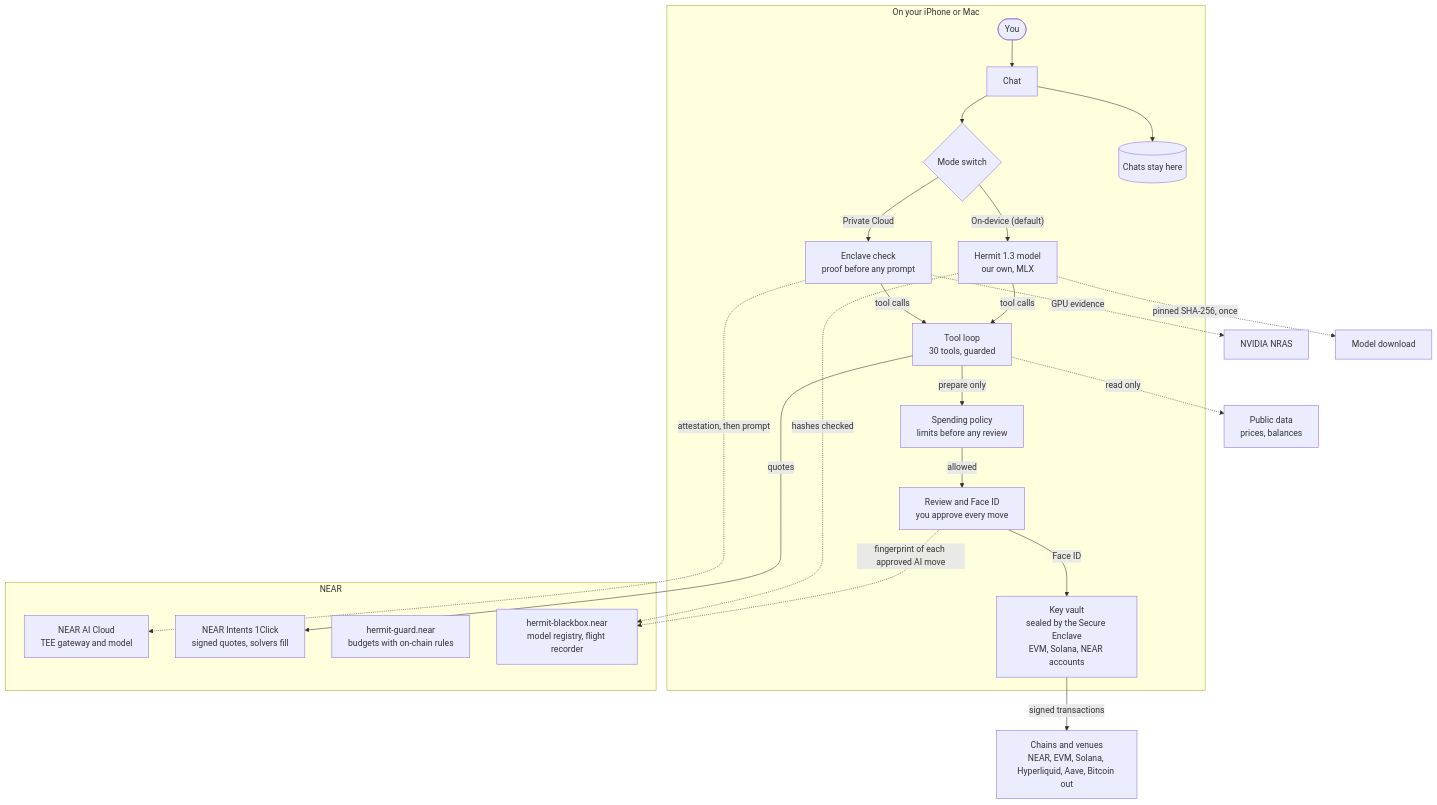
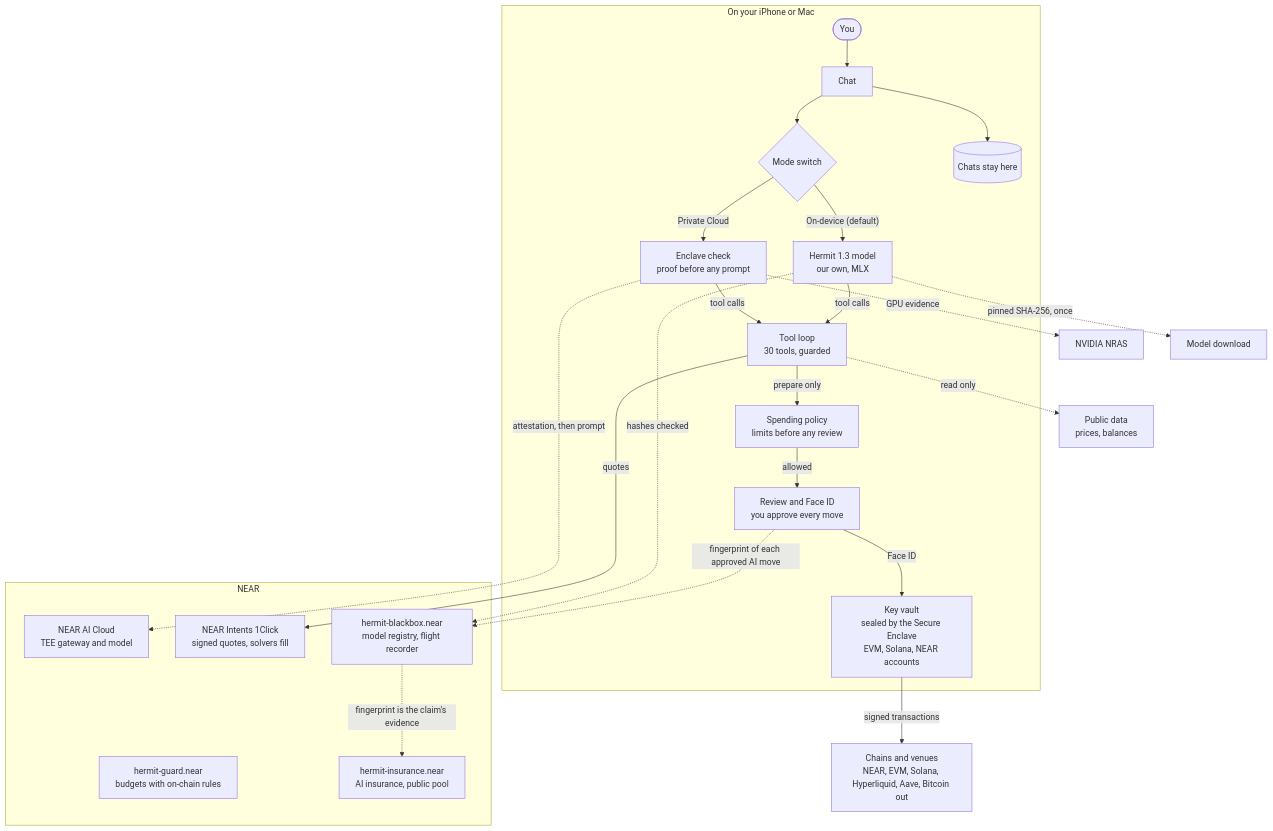
The first of 8 diagrams in docs/ARCHITECTURE.md (Hermit-Ai-Labs/hermit-app), drawn with Mermaid before and after one commit. The commit also changed other lines of this file and 16 other files, not shown here.

Commit message:
Docs, site and terms all tell the same story: six NEAR jobs, Guard last, Black Box and AI insurance everywhere, 298 tests green

````diff
--- a/docs/ARCHITECTURE.md
+++ b/docs/ARCHITECTURE.md
@@ -13,29 +12,31 @@
 ```mermaid
 flowchart TB
   subgraph device["On your iPhone or Mac"]
     you([You]) --> chat[Chat]
     chat --> mode{Mode switch}
     mode -- "On-device (default)" --> model["Hermit 1.3 model<br/>our own, MLX"]
     mode -- "Private Cloud" --> enclave["Enclave check<br/>proof before any prompt"]
     model -- tool calls --> loop["Tool loop<br/>30 tools, guarded"]
     enclave -- "tool calls" --> loop
     loop -- "prepare only" --> policy["Spending policy<br/>limits before any review"]
     policy -- allowed --> review["Review and Face ID<br/>you approve every move"]
     review -- "Face ID" --> vault["Key vault<br/>sealed by the Secure Enclave<br/>EVM, Solana, NEAR accounts"]
     chat --> chats[("Chats stay here")]
   end
   subgraph near["NEAR"]
     cloud["NEAR AI Cloud<br/>TEE gateway and model"]
     intents["NEAR Intents 1Click<br/>signed quotes, solvers fill"]
     guard["hermit-guard.near<br/>budgets with on-chain rules"]
     bbox["hermit-blackbox.near<br/>model registry, flight recorder"]
+    ins["hermit-insurance.near<br/>AI insurance, public pool"]
   end
   enclave -. "attestation, then prompt" .-> cloud
   loop -- quotes --> intents
   vault -- "signed transactions" --> chains["Chains and venues<br/>NEAR, EVM, Solana, Hyperliquid, Aave, Bitcoin out"]
   loop -. "read only" .-> data["Public data<br/>prices, balances"]
   enclave -. "GPU evidence" .-> nras["NVIDIA NRAS"]
   model -. "pinned SHA-256, once" .-> dl["Model download"]
   review -. "fingerprint of each approved AI move" .-> bbox
   model -. "hashes checked" .-> bbox
+  bbox -. "fingerprint is the claim's evidence" .-> ins
 ```
````
